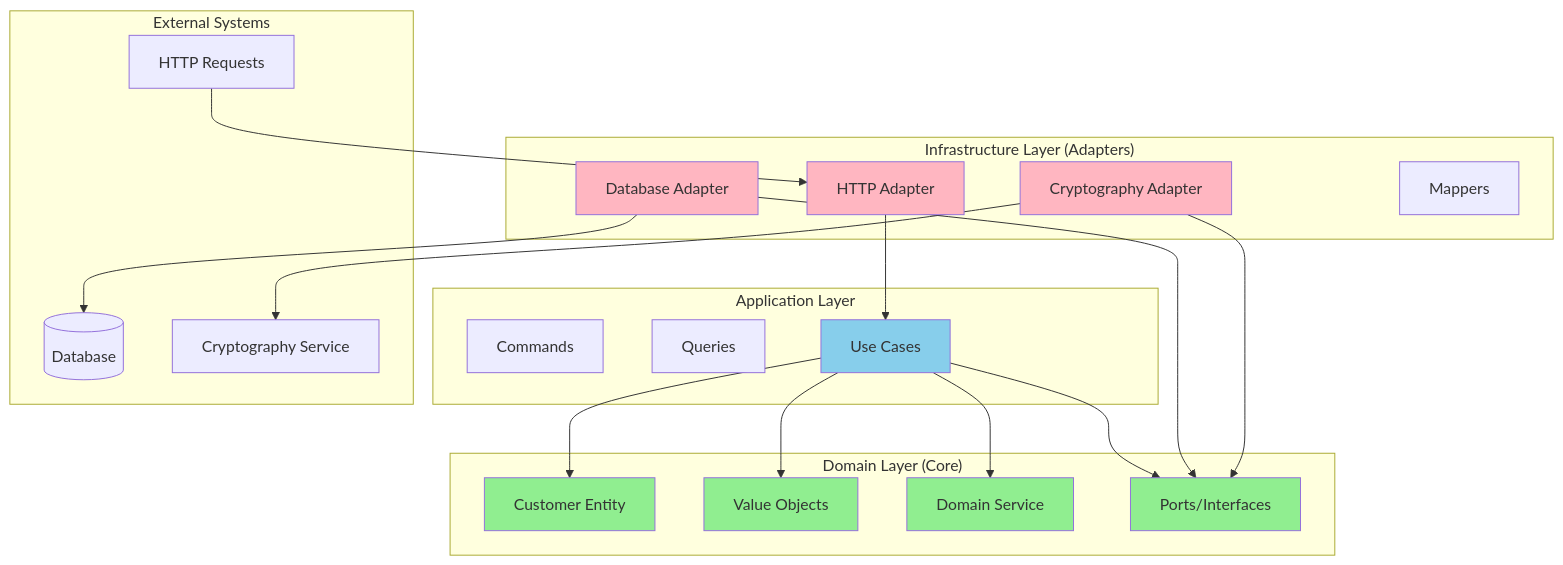
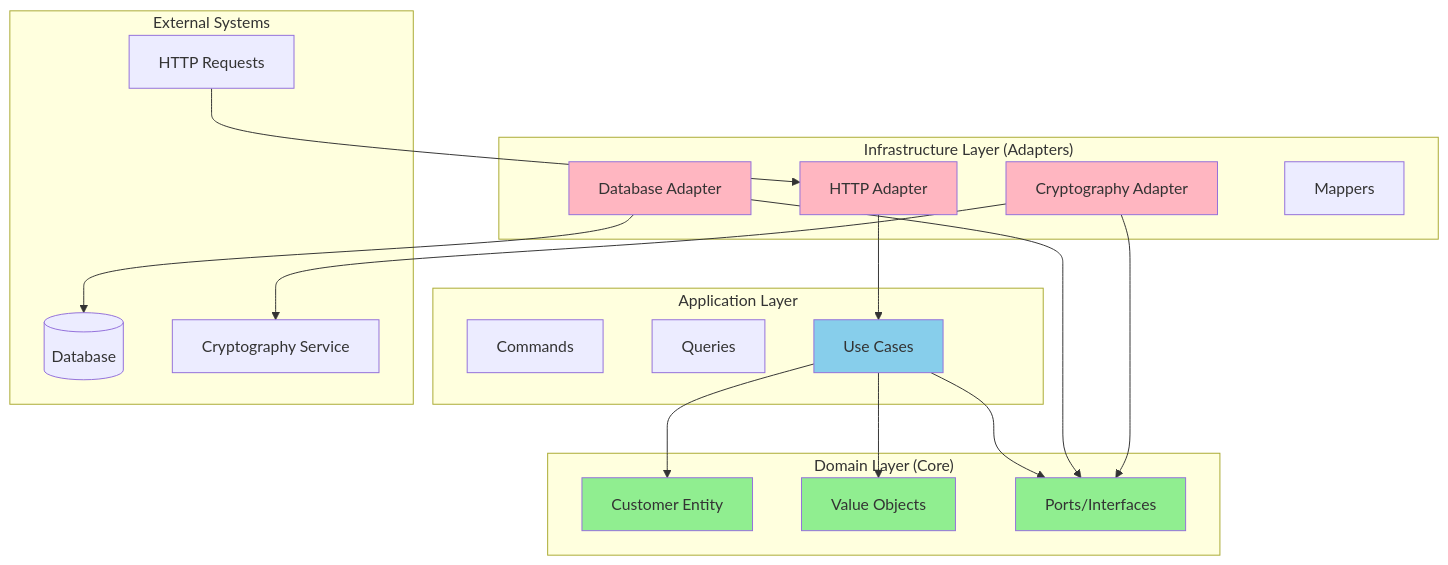
The second of 16 diagrams in docs/hexagonal-architecture-migration.md (12SOAT-Workshop-FIAP/garage-management-system), drawn with Mermaid before and after one commit. The commit also changed other lines of this file, not shown here.

````diff
--- a/docs/hexagonal-architecture-migration.md
+++ b/docs/hexagonal-architecture-migration.md
@@ -65,50 +65,47 @@
 ```mermaid
 graph TB
     subgraph "Domain Layer (Core)"
         Entity[Customer Entity]
         VOs[Value Objects]
-        DomainService[Domain Service]
         Ports[Ports/Interfaces]
     end
     
     subgraph "Application Layer"
         Commands[Commands]
         Queries[Queries]
         UseCases[Use Cases]
     end
     
     subgraph "Infrastructure Layer (Adapters)"
         HTTPAdapter[HTTP Adapter]
         DBAdapter[Database Adapter]
         CryptoAdapter[Cryptography Adapter]
         Mappers[Mappers]
     end
     
     subgraph "External Systems"
         Database[(Database)]
         CryptoService[Cryptography Service]
         HTTP[HTTP Requests]
     end
     
     UseCases --> Entity
     UseCases --> VOs
-    UseCases --> DomainService
     UseCases --> Ports
     
     HTTPAdapter --> UseCases
     DBAdapter --> Ports
     CryptoAdapter --> Ports
     
     HTTP --> HTTPAdapter
     DBAdapter --> Database
     CryptoAdapter --> CryptoService
     
     style Entity fill:#90EE90
     style VOs fill:#90EE90
-    style DomainService fill:#90EE90
     style Ports fill:#90EE90
     style UseCases fill:#87CEEB
     style HTTPAdapter fill:#FFB6C1
     style DBAdapter fill:#FFB6C1
     style CryptoAdapter fill:#FFB6C1
 ```
````
